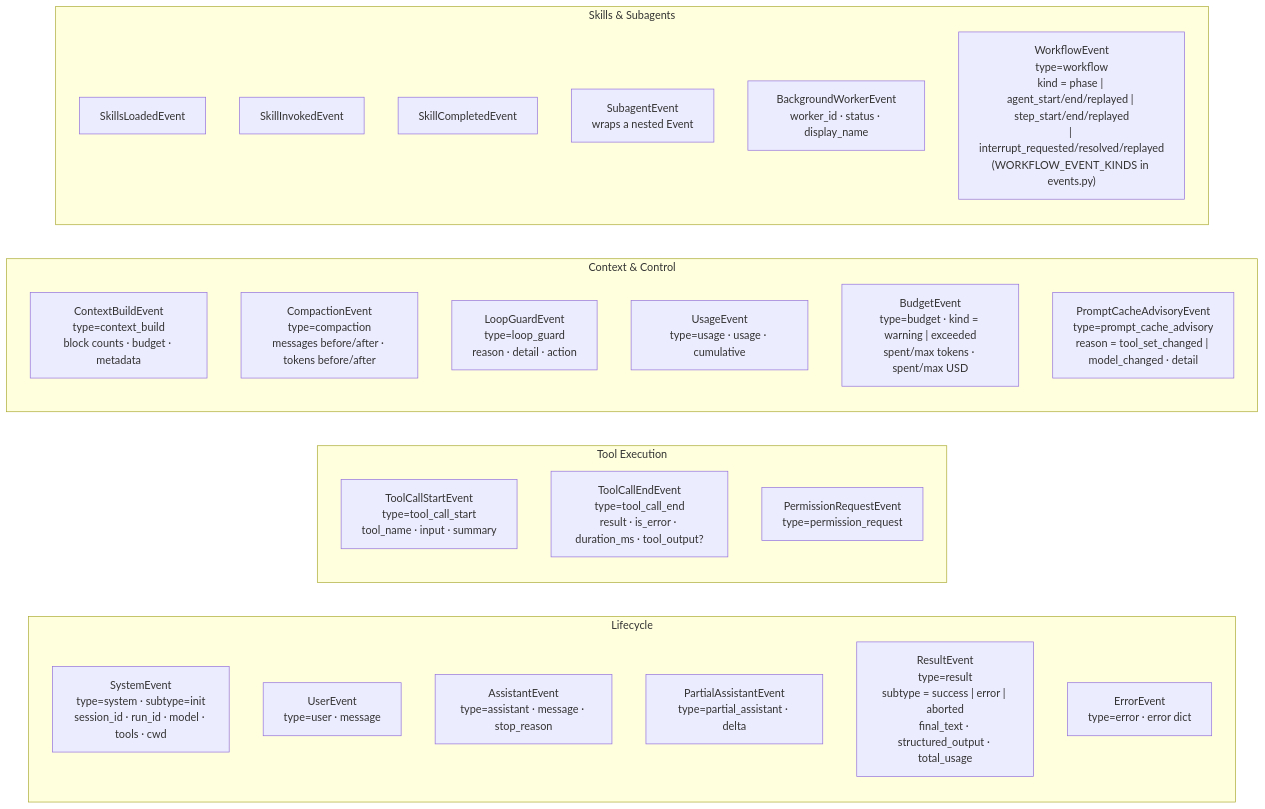
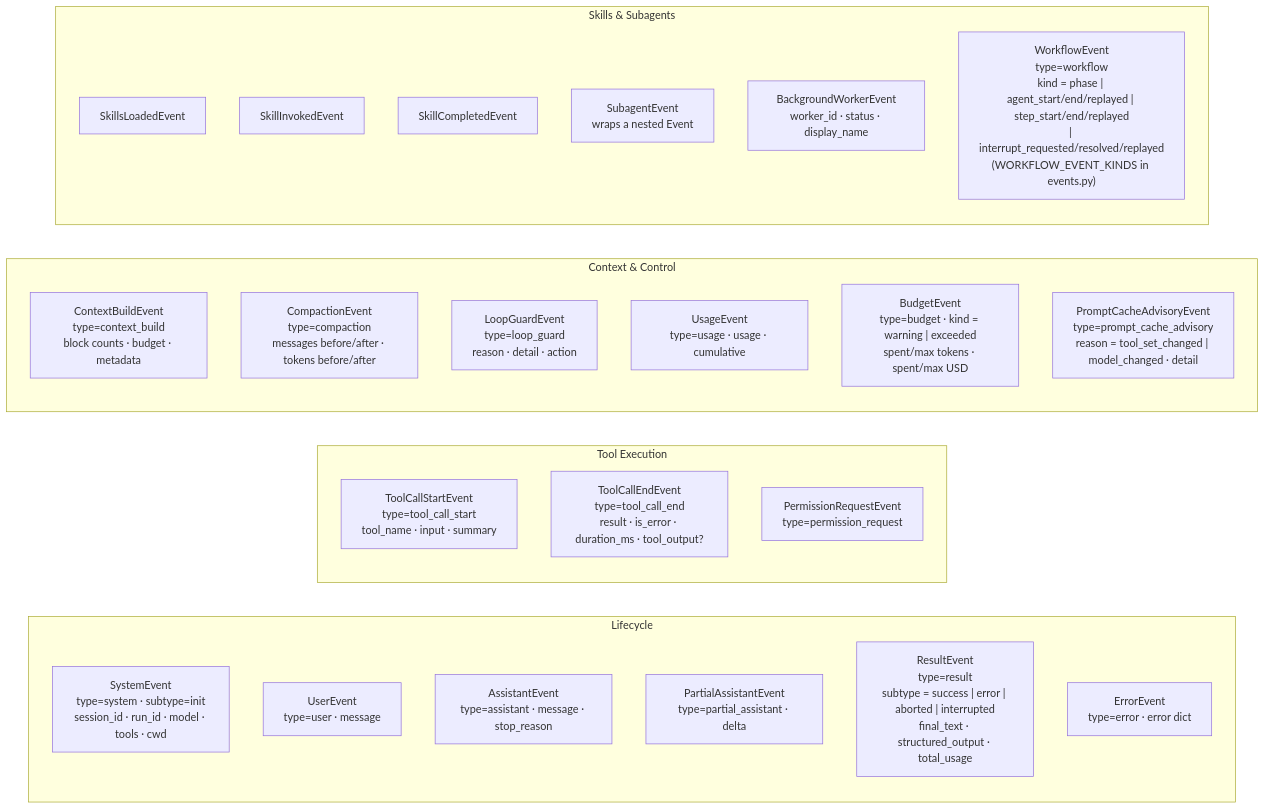
Before and after one commit to DuyTa506/linch: the diagram in docs/architecture/events.md, drawn with Mermaid. The commit also changed other lines of this file and 45 other files, not shown here.

````diff
--- a/docs/architecture/events.md
+++ b/docs/architecture/events.md
@@ -7,39 +9,39 @@
 ```mermaid
 graph LR
     subgraph Life["Lifecycle"]
         direction TB
         SE["SystemEvent\ntype=system · subtype=init\nsession_id · run_id · model · tools · cwd"]
         UE["UserEvent\ntype=user · message"]
         AE["AssistantEvent\ntype=assistant · message · stop_reason"]
         PAE["PartialAssistantEvent\ntype=partial_assistant · delta"]
-        RE["ResultEvent\ntype=result\nsubtype = success | error | aborted\nfinal_text · structured_output · total_usage"]
+        RE["ResultEvent\ntype=result\nsubtype = success | error | aborted | interrupted\nfinal_text · structured_output · total_usage"]
         ERR["ErrorEvent\ntype=error · error dict"]
     end
 
     subgraph Tools["Tool Execution"]
         direction TB
         TCS["ToolCallStartEvent\ntype=tool_call_start\ntool_name · input · summary"]
         TCE["ToolCallEndEvent\ntype=tool_call_end\nresult · is_error · duration_ms · tool_output?"]
         PRE["PermissionRequestEvent\ntype=permission_request"]
     end
 
     subgraph Ctx["Context & Control"]
         direction TB
         CBE["ContextBuildEvent\ntype=context_build\nblock counts · budget · metadata"]
         CE["CompactionEvent\ntype=compaction\nmessages before/after · tokens before/after"]
         LGE["LoopGuardEvent\ntype=loop_guard\nreason · detail · action"]
         UGE["UsageEvent\ntype=usage · usage · cumulative"]
         BE["BudgetEvent\ntype=budget · kind = warning | exceeded\nspent/max tokens · spent/max USD"]
         PCA["PromptCacheAdvisoryEvent\ntype=prompt_cache_advisory\nreason = tool_set_changed | model_changed · detail"]
     end
 
     subgraph Skill["Skills & Subagents"]
         direction TB
         SLE["SkillsLoadedEvent"]
         SIE["SkillInvokedEvent"]
         SCE["SkillCompletedEvent"]
         SAE["SubagentEvent\nwraps a nested Event"]
         BWE["BackgroundWorkerEvent\nworker_id · status · display_name"]
         WFE["WorkflowEvent\ntype=workflow\nkind = phase | agent_start/end/replayed | step_start/end/replayed\n| interrupt_requested/resolved/replayed\n(WORKFLOW_EVENT_KINDS in events.py)"]
     end
 ```
````
